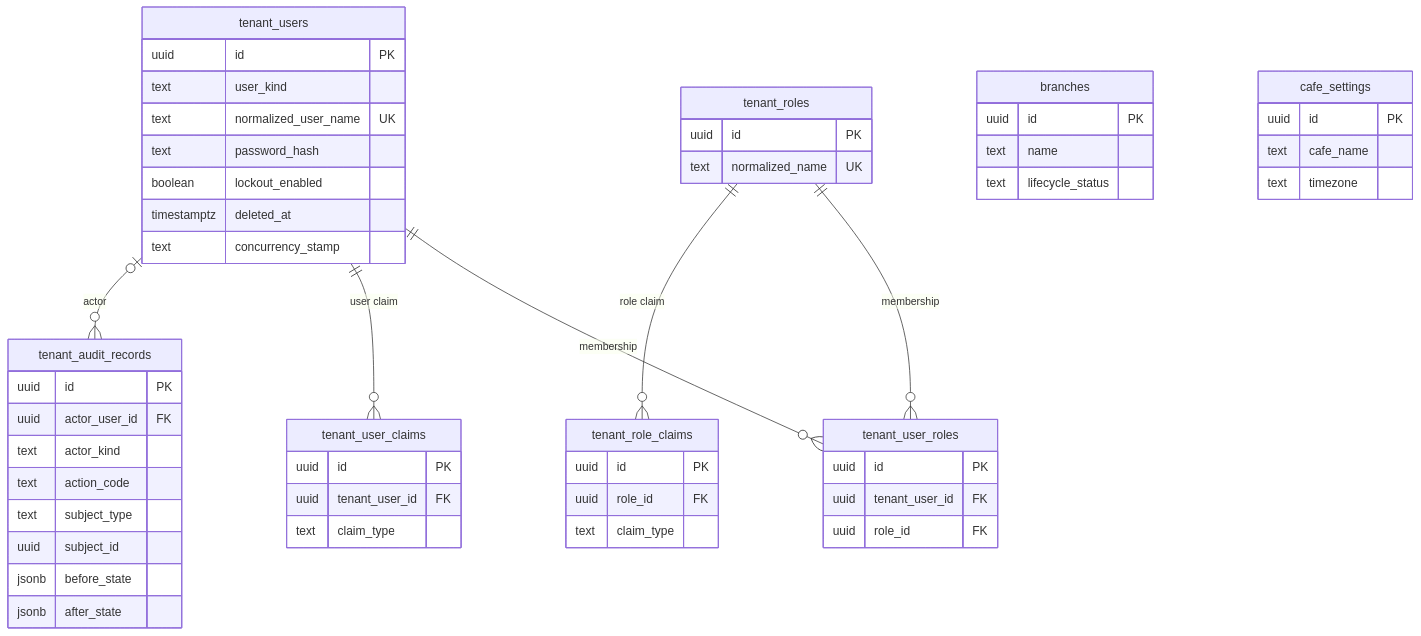
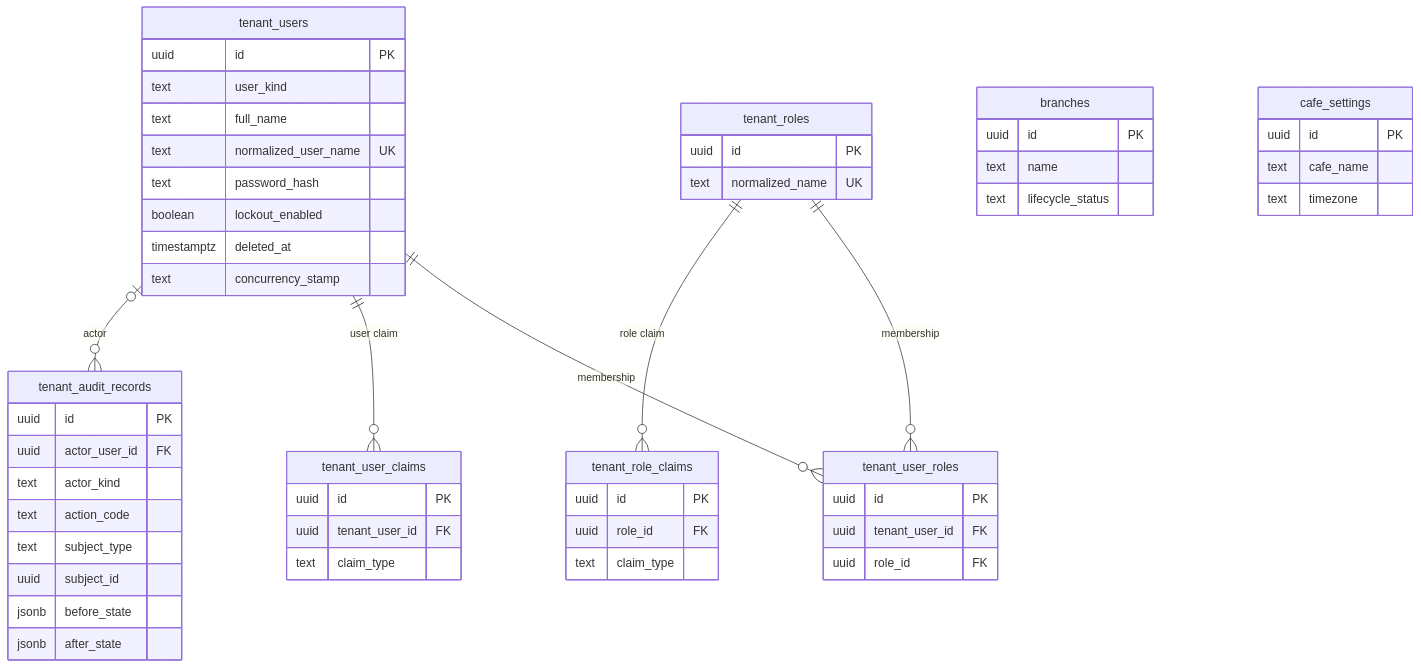
The diagram in architecture/erd-tenant.md (Cafe-Sass/CafeHub-Backend), drawn with Mermaid before and after one commit. The commit also changed other lines of this file, not shown here.

Commit message:
docs(database): add full name column to tenant users in tenant ERD
First of the two alignment gaps: the Master registration contract carries
owner_full_name, but tenant_users had no column to receive it.

- Diagram and dictionary add full_name text NOT NULL with the length
  check ck_tenant_users_full_name_length (1..256).
- Marked Proposed, pending owner confirmation: every account holder
  (Owner and later staff) is a person whose name audit display and staff
  screens need; the rejected alternative is a nullable column (accounts
  without a human-readable name; audit and staff views would need
  fallback rules).
- No other table or column changes.

Refs: CFMD-259

````diff
--- a/architecture/erd-tenant.md
+++ b/architecture/erd-tenant.md
@@ -9,56 +9,57 @@
 ```mermaid
 erDiagram
     tenant_users {
         uuid id PK
         text user_kind
+        text full_name
         text normalized_user_name UK
         text password_hash
         boolean lockout_enabled
         timestamptz deleted_at
         text concurrency_stamp
     }
     tenant_roles {
         uuid id PK
         text normalized_name UK
     }
     tenant_user_roles {
         uuid id PK
         uuid tenant_user_id FK
         uuid role_id FK
     }
     tenant_user_claims {
         uuid id PK
         uuid tenant_user_id FK
         text claim_type
     }
     tenant_role_claims {
         uuid id PK
         uuid role_id FK
         text claim_type
     }
     branches {
         uuid id PK
         text name
         text lifecycle_status
     }
     cafe_settings {
         uuid id PK
         text cafe_name
         text timezone
     }
     tenant_audit_records {
         uuid id PK
         uuid actor_user_id FK
         text actor_kind
         text action_code
         text subject_type
         uuid subject_id
         jsonb before_state
         jsonb after_state
     }
     tenant_users ||--o{ tenant_user_roles : "membership"
     tenant_roles ||--o{ tenant_user_roles : "membership"
     tenant_users ||--o{ tenant_user_claims : "user claim"
     tenant_roles ||--o{ tenant_role_claims : "role claim"
     tenant_users |o--o{ tenant_audit_records : "actor"
 ```
````
